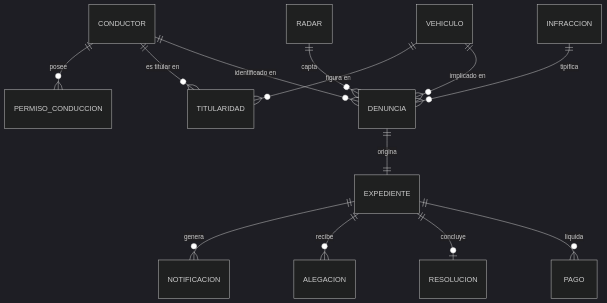
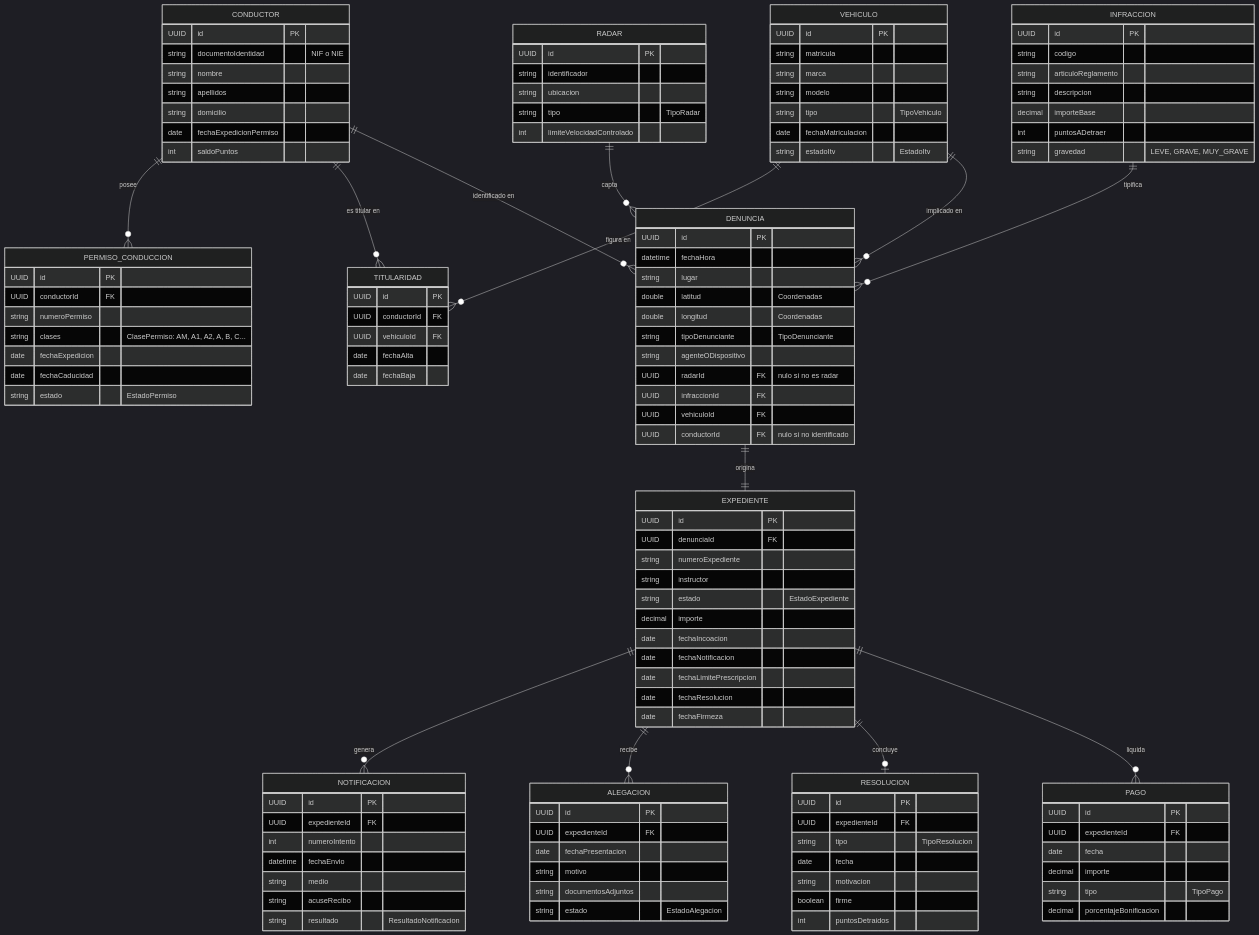
Before and after one commit to ProfesorPermuta/web-AD: the first of 2 diagrams in src/pages/tema-0/b-proyecto-multagal.md, drawn with Mermaid (dark theme). The commit also changed other lines of this file and 27 other files, not shown here.

Commit message:
Se ha mejorado el diagrama de entidades multagal para que ahora tambien añada los atributos necesarios

````diff
--- a/src/pages/tema-0/b-proyecto-multagal.md
+++ b/src/pages/tema-0/b-proyecto-multagal.md
@@ -78,4 +78,115 @@
     EXPEDIENTE ||--o{ ALEGACION : recibe
     EXPEDIENTE ||--o| RESOLUCION : concluye
     EXPEDIENTE ||--o{ PAGO : liquida
+
+    CONDUCTOR {
+        UUID id PK
+        string documentoIdentidad "NIF o NIE"
+        string nombre
+        string apellidos
+        string domicilio
+        date fechaExpedicionPermiso
+        int saldoPuntos
+    }
+    PERMISO_CONDUCCION {
+        UUID id PK
+        UUID conductorId FK
+        string numeroPermiso
+        string clases "ClasePermiso: AM, A1, A2, A, B, C..."
+        date fechaExpedicion
+        date fechaCaducidad
+        string estado "EstadoPermiso"
+    }
+    VEHICULO {
+        UUID id PK
+        string matricula
+        string marca
+        string modelo
+        string tipo "TipoVehiculo"
+        date fechaMatriculacion
+        string estadoItv "EstadoItv"
+    }
+    TITULARIDAD {
+        UUID id PK
+        UUID conductorId FK
+        UUID vehiculoId FK
+        date fechaAlta
+        date fechaBaja
+    }
+    RADAR {
+        UUID id PK
+        string identificador
+        string ubicacion
+        string tipo "TipoRadar"
+        int limiteVelocidadControlado
+    }
+    INFRACCION {
+        UUID id PK
+        string codigo
+        string articuloReglamento
+        string descripcion
+        decimal importeBase
+        int puntosADetraer
+        string gravedad "LEVE, GRAVE, MUY_GRAVE"
+    }
+    DENUNCIA {
+        UUID id PK
+        datetime fechaHora
+        string lugar
+        double latitud "Coordenadas"
+        double longitud "Coordenadas"
+        string tipoDenunciante "TipoDenunciante"
+        string agenteODispositivo
+        UUID radarId FK "nulo si no es radar"
+        UUID infraccionId FK
+        UUID vehiculoId FK
+        UUID conductorId FK "nulo si no identificado"
+    }
+    EXPEDIENTE {
+        UUID id PK
+        UUID denunciaId FK
+        string numeroExpediente
+        string instructor
+        string estado "EstadoExpediente"
+        decimal importe
+        date fechaIncoacion
+        date fechaNotificacion
+        date fechaLimitePrescripcion
+        date fechaResolucion
+        date fechaFirmeza
+    }
+    NOTIFICACION {
+        UUID id PK
+        UUID expedienteId FK
+        int numeroIntento
+        datetime fechaEnvio
+        string medio
+        string acuseRecibo
+        string resultado "ResultadoNotificacion"
+    }
+    ALEGACION {
+        UUID id PK
+        UUID expedienteId FK
+        date fechaPresentacion
+        string motivo
+        string documentosAdjuntos
+        string estado "EstadoAlegacion"
+    }
+    RESOLUCION {
+        UUID id PK
+        UUID expedienteId FK
+        string tipo "TipoResolucion"
+        date fecha
+        string motivacion
+        boolean firme
+        int puntosDetraidos
+    }
+    PAGO {
+        UUID id PK
+        UUID expedienteId FK
+        date fecha
+        decimal importe
+        string tipo "TipoPago"
+        decimal porcentajeBonificacion
+    }
 ```
````
